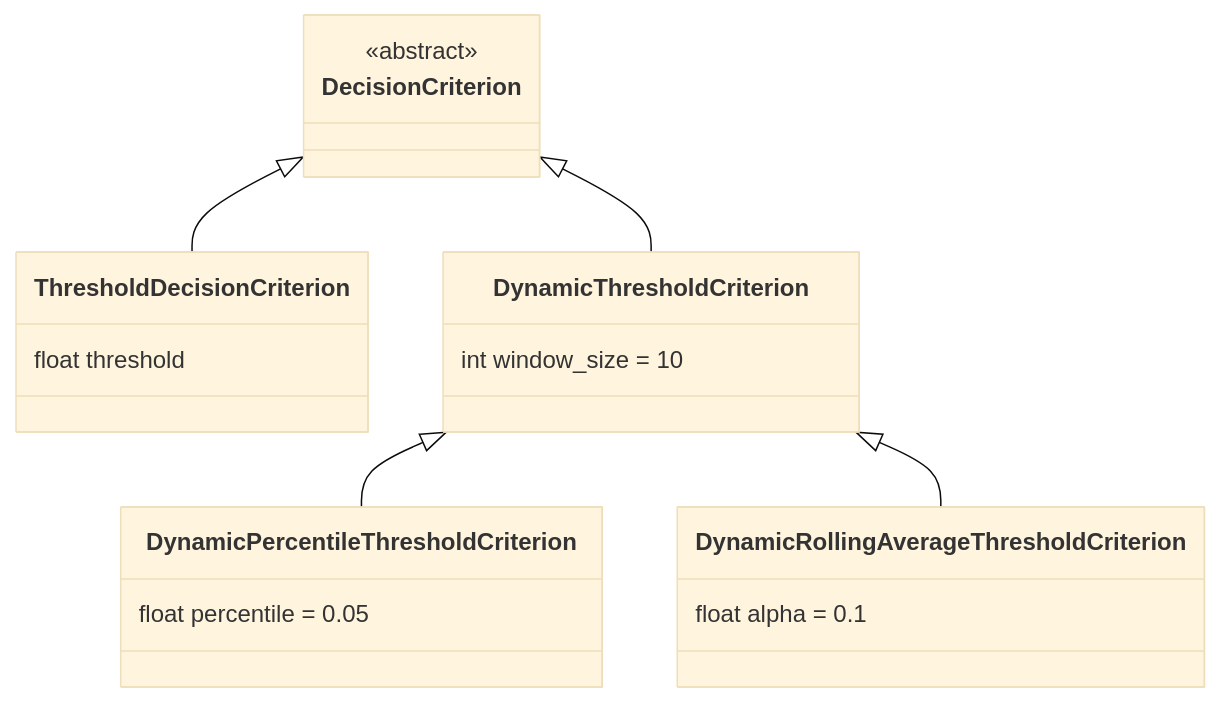
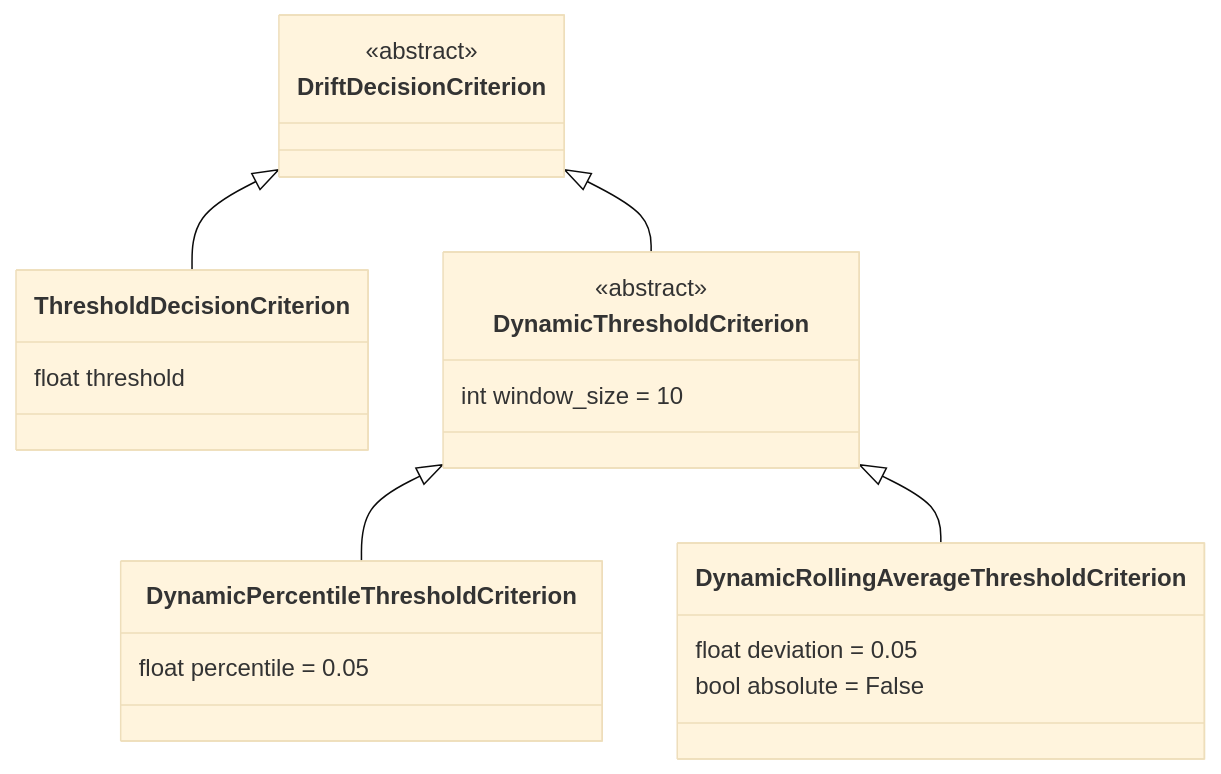
Before and after one commit to eth-easl/modyn: the fourth of 5 diagrams in docs/pipeline/triggering/DRIFT_TRIGGERS.md, drawn with Mermaid (base theme). The commit also changed other lines of this file and 9 other files, not shown here.

````diff
--- a/docs/pipeline/triggering/DRIFT_TRIGGERS.md
+++ b/docs/pipeline/triggering/DRIFT_TRIGGERS.md
@@ -176,30 +176,31 @@
 ```mermaid
 classDiagram
-    class DecisionCriterion {
+    class DriftDecisionCriterion {
         <<abstract>>
     }
 
     class ThresholdDecisionCriterion {
         float threshold
     }
 
     class DynamicThresholdCriterion {
+        <<abstract>>
         int window_size = 10
     }
 
     class DynamicPercentileThresholdCriterion {
         float percentile = 0.05
     }
 
     class DynamicRollingAverageThresholdCriterion {
-        float alpha = 0.1
+        float deviation = 0.05
+        bool absolute = False
     }
 
-    DecisionCriterion <|-- ThresholdDecisionCriterion
-    DecisionCriterion <|-- DynamicThresholdCriterion
+
+    DriftDecisionCriterion <|-- ThresholdDecisionCriterion
+    DriftDecisionCriterion <|-- DynamicThresholdCriterion
 
     DynamicThresholdCriterion <|-- DynamicPercentileThresholdCriterion
     DynamicThresholdCriterion <|-- DynamicRollingAverageThresholdCriterion
-
-
 ```
````
